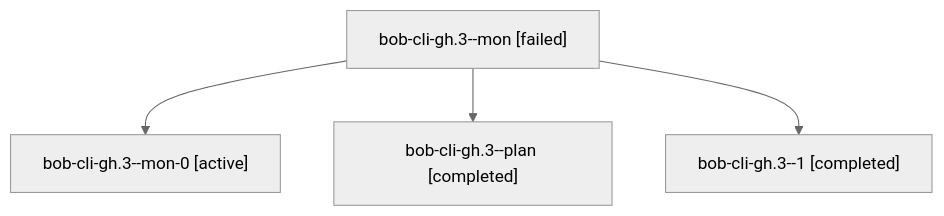
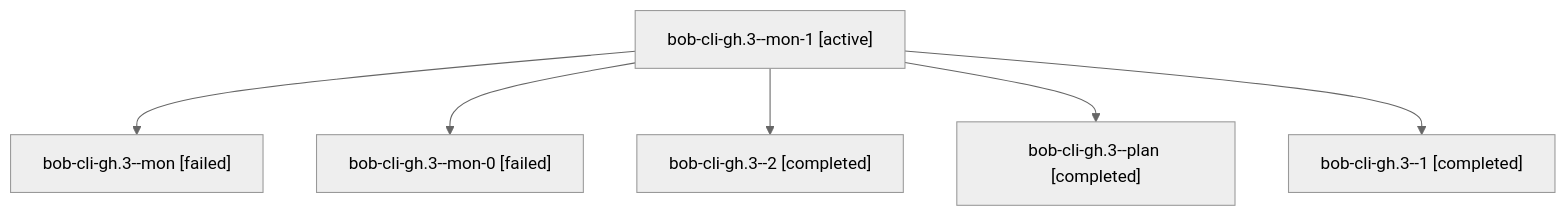
One commit to bobs-org/bob-cli--agents changed the diagram in sessions/bbugyi200.athena.bob-cli-gh.3.md. Above: the diagram before and after it, drawn with Mermaid (neutral theme). The commit also changed other lines of this file and 42 other files, not shown here.

````diff
--- a/sessions/bbugyi200.athena.bob-cli-gh.3.md
+++ b/sessions/bbugyi200.athena.bob-cli-gh.3.md
@@ -9,10 +9,14 @@
 ```mermaid
 flowchart TD
-  n0["bob-cli-gh.3--mon [failed]"]
-  n1["bob-cli-gh.3--mon-0 [active]"]
+  n0["bob-cli-gh.3--mon-1 [active]"]
+  n1["bob-cli-gh.3--mon [failed]"]
   n0 --> n1
-  n2["bob-cli-gh.3--plan [completed]"]
+  n2["bob-cli-gh.3--mon-0 [failed]"]
   n0 --> n2
-  n3["bob-cli-gh.3--1 [completed]"]
+  n3["bob-cli-gh.3--2 [completed]"]
   n0 --> n3
+  n4["bob-cli-gh.3--plan [completed]"]
+  n0 --> n4
+  n5["bob-cli-gh.3--1 [completed]"]
+  n0 --> n5
 ```
````
